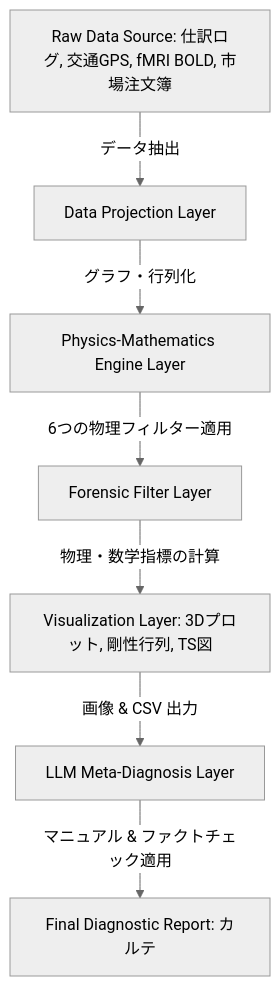
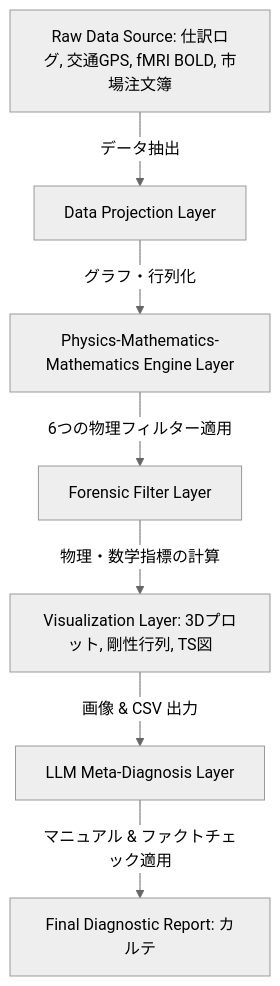
Before and after one commit to renpoo/TLU: the diagram in docs/ja/02_System_Architecture_and_Operations.md, drawn with Mermaid (neutral theme). The commit also changed other lines of this file and 570 other files, not shown here.

````diff
--- a/docs/ja/02_System_Architecture_and_Operations.md
+++ b/docs/ja/02_System_Architecture_and_Operations.md
@@ -23,9 +23,9 @@
 ```mermaid
 graph TD
     A[Raw Data Source: 仕訳ログ, 交通GPS, fMRI BOLD, 市場注文簿] -->|データ抽出| B[Data Projection Layer]
-    B -->|グラフ・行列化| C[Physics-Mathematics Engine Layer]
+    B -->|グラフ・行列化| C[Physics-Mathematics-Mathematics Engine Layer]
     C -->|6つの物理フィルター適用| D[Forensic Filter Layer]
     D -->|物理・数学指標の計算| E[Visualization Layer: 3Dプロット, 剛性行列, TS図]
     E -->|画像 & CSV 出力| F[LLM Meta-Diagnosis Layer]
     F -->|マニュアル & ファクトチェック適用| G[Final Diagnostic Report: カルテ]
 ```
````
